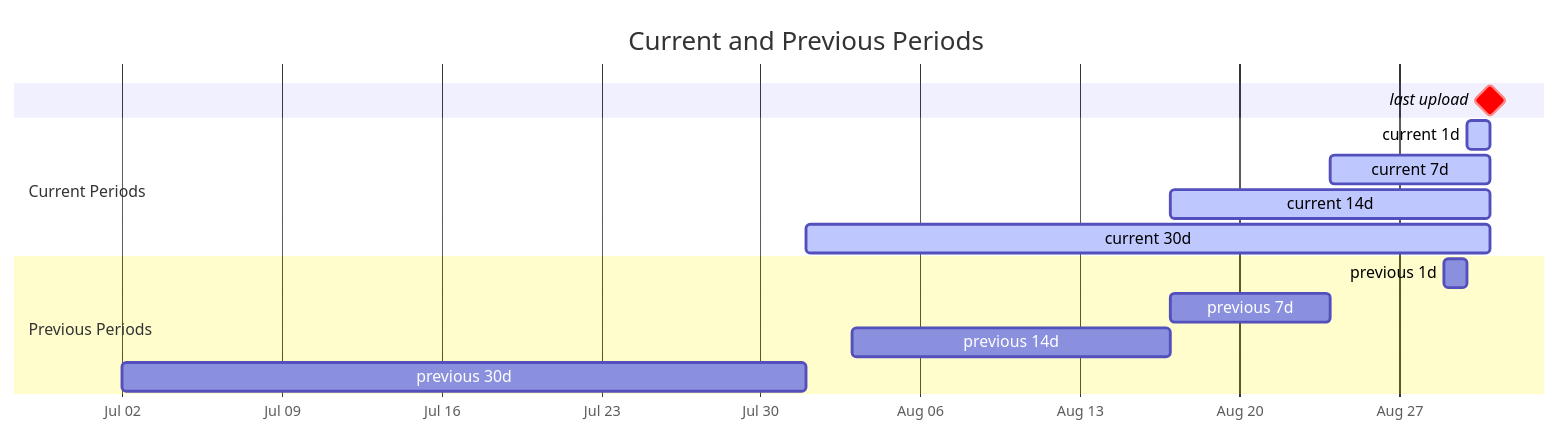
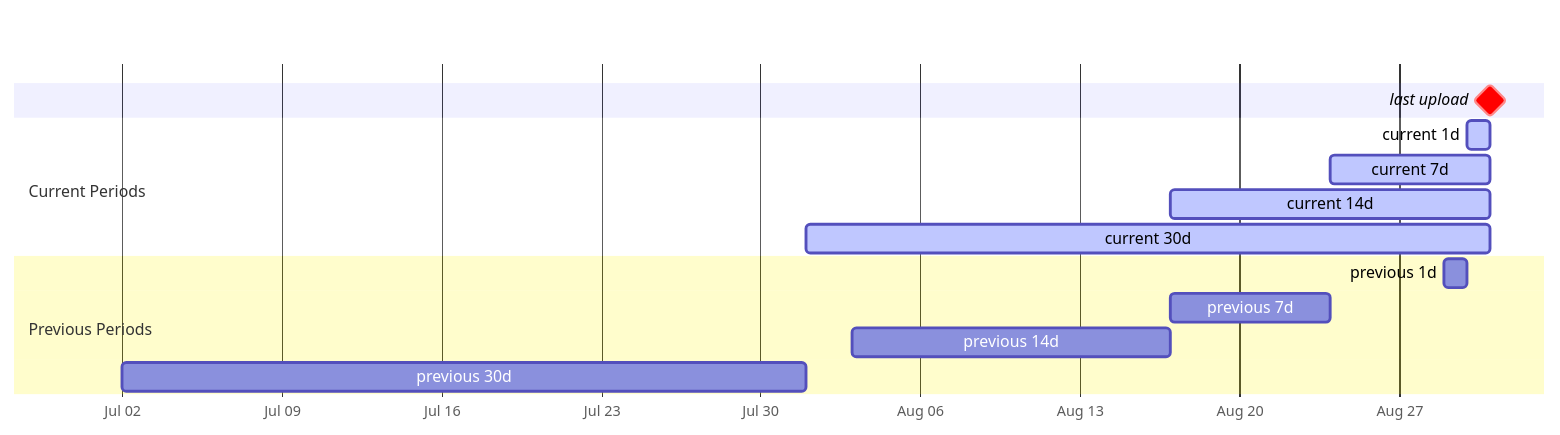
One commit to tidepool-org/TidepoolApi changed the third of 3 diagrams in docs/summary-data.md. Above: the diagram before and after it, drawn with Mermaid. The commit also changed other lines of this file, not shown here.

````diff
--- a/docs/summary-data.md
+++ b/docs/summary-data.md
@@ -75,19 +73,18 @@
 ```mermaid
 gantt
-   title Current and Previous Periods
    dateFormat YYYY-MM-DD
    axisFormat %b %d
    todayMarker off
    tickInterval 1week
    last upload     :crit, milestone, 2023-08-31, 0d
    section Current Periods
       current 1d   :active, 2023-08-30, 1d
       current 7d   :active, 2023-08-24, 7d
       current 14d  :active, 2023-08-17, 14d
       current 30d  :active, 2023-08-01, 30d
    section Previous Periods
       previous 1d  :2023-08-29, 1d
       previous 7d  :2023-08-17, 7d
       previous 14d :2023-08-03, 14d
       previous 30d :2023-07-02, 30d
 ```
````
